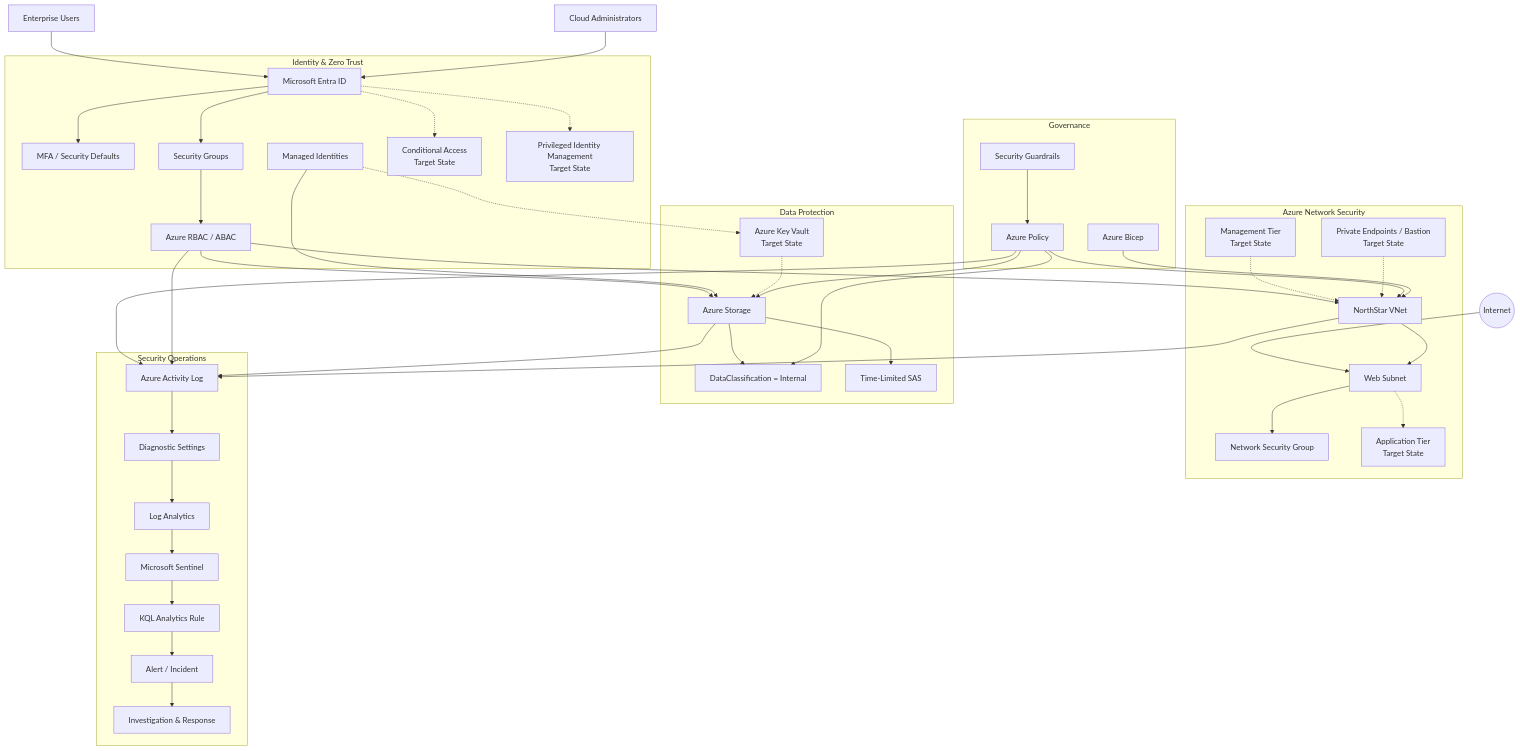
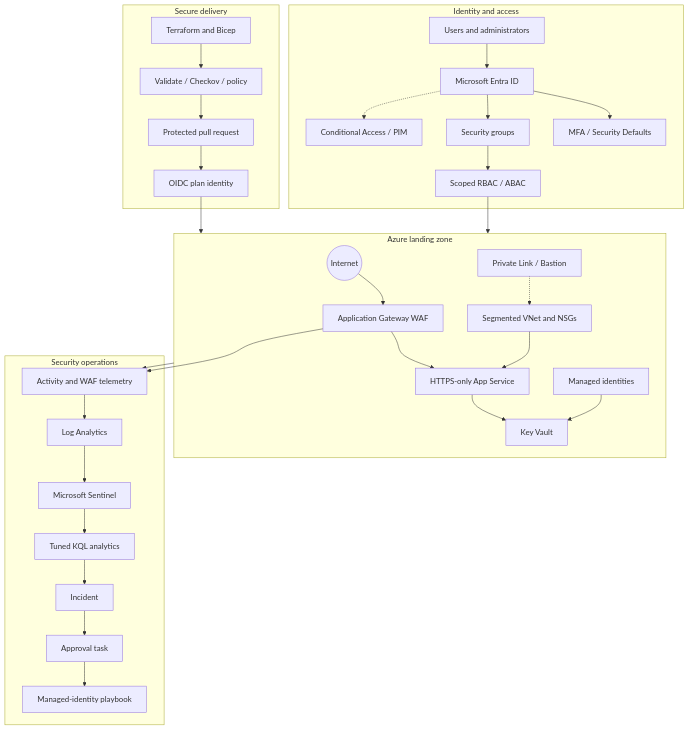
Before and after one commit to gdiangana-alt/northstar-enterprise-cloud-security: the diagram in docs/architecture/enterprise-architecture-diagram.md, drawn with Mermaid. The commit also changed other lines of this file and 25 other files, not shown here.

Commit message:
Complete Enterprise Cloud Security Architecture (#2)

````diff
--- a/docs/architecture/enterprise-architecture-diagram.md
+++ b/docs/architecture/enterprise-architecture-diagram.md
@@ -7,94 +7,39 @@
 ```mermaid
 flowchart TB
-
-    Internet((Internet))
-    Users[Enterprise Users]
-    Admins[Cloud Administrators]
-
-    subgraph Identity["Identity & Zero Trust"]
-        Entra[Microsoft Entra ID]
-        MFA[MFA / Security Defaults]
-        Groups[Security Groups]
-        AuthZ[Azure RBAC / ABAC]
-        MI[Managed Identities]
-
-        CA[Conditional Access<br/>Target State]
-        PIM[Privileged Identity Management<br/>Target State]
+    subgraph Access["Identity and access"]
+        Users["Users and administrators"] --> Entra["Microsoft Entra ID"]
+        Entra --> MFA["MFA / Security Defaults"]
+        Entra --> Groups["Security groups"]
+        Groups --> RBAC["Scoped RBAC / ABAC"]
+        Entra -.-> Premium["Conditional Access / PIM"]
     end
 
-    subgraph Network["Azure Network Security"]
-        VNet[NorthStar VNet]
-        Web[Web Subnet]
-        NSG[Network Security Group]
-
-        App[Application Tier<br/>Target State]
-        Mgmt[Management Tier<br/>Target State]
-        Private[Private Endpoints / Bastion<br/>Target State]
+    subgraph Delivery["Secure delivery"]
+        Code["Terraform and Bicep"] --> Gates["Validate / Checkov / policy"]
+        Gates --> Review["Protected pull request"]
+        Review --> OIDC["OIDC plan identity"]
     end
 
-    subgraph Data["Data Protection"]
-        Storage[Azure Storage]
-        Classification[DataClassification = Internal]
-        SAS[Time-Limited SAS]
-        KV[Azure Key Vault<br/>Target State]
+    subgraph Platform["Azure landing zone"]
+        Internet((Internet)) --> WAF["Application Gateway WAF"]
+        WAF --> App["HTTPS-only App Service"]
+        App --> KV["Key Vault"]
+        VNet["Segmented VNet and NSGs"] --> App
+        MI["Managed identities"] --> KV
+        Private["Private Link / Bastion"] -.-> VNet
     end
 
-    subgraph Governance["Governance"]
-        Policy[Azure Policy]
-        IaC[Azure Bicep]
-        Guardrails[Security Guardrails]
+    subgraph Operations["Security operations"]
+        Telemetry["Activity and WAF telemetry"] --> LAW["Log Analytics"]
+        LAW --> Sentinel["Microsoft Sentinel"]
+        Sentinel --> KQL["Tuned KQL analytics"]
+        KQL --> Incident["Incident"]
+        Incident --> Approval["Approval task"]
+        Approval --> Playbook["Managed-identity playbook"]
     end
 
-    subgraph SecOps["Security Operations"]
-        Activity[Azure Activity Log]
-        Diagnostics[Diagnostic Settings]
-        LAW[Log Analytics]
-        Sentinel[Microsoft Sentinel]
-        KQL[KQL Analytics Rule]
-        Incident[Alert / Incident]
-        Response[Investigation & Response]
-    end
-
-    Internet --> Web
-    Users --> Entra
-    Admins --> Entra
-
-    Entra --> MFA
-    Entra -.-> CA
-    Entra --> Groups
-    Groups --> AuthZ
-    Entra -.-> PIM
-
-    AuthZ --> VNet
-    AuthZ --> Storage
-    MI --> Storage
-    MI -.-> KV
-
-    VNet --> Web
-    Web --> NSG
-    Web -.-> App
-    Mgmt -.-> VNet
-    Private -.-> VNet
-
-    Storage --> Classification
-    Storage --> SAS
-    KV -.-> Storage
-
-    Policy --> Classification
-    Policy --> VNet
-    Policy --> Storage
-    IaC --> VNet
-    Guardrails --> Policy
-
-    VNet --> Activity
-    Storage --> Activity
-    Policy --> Activity
-    AuthZ --> Activity
-
-    Activity --> Diagnostics
-    Diagnostics --> LAW
-    LAW --> Sentinel
-    Sentinel --> KQL
-    KQL --> Incident
-    Incident --> Response
+    RBAC --> Platform
+    OIDC --> Platform
+    Platform --> Telemetry
+    WAF --> Telemetry
 ```
````
